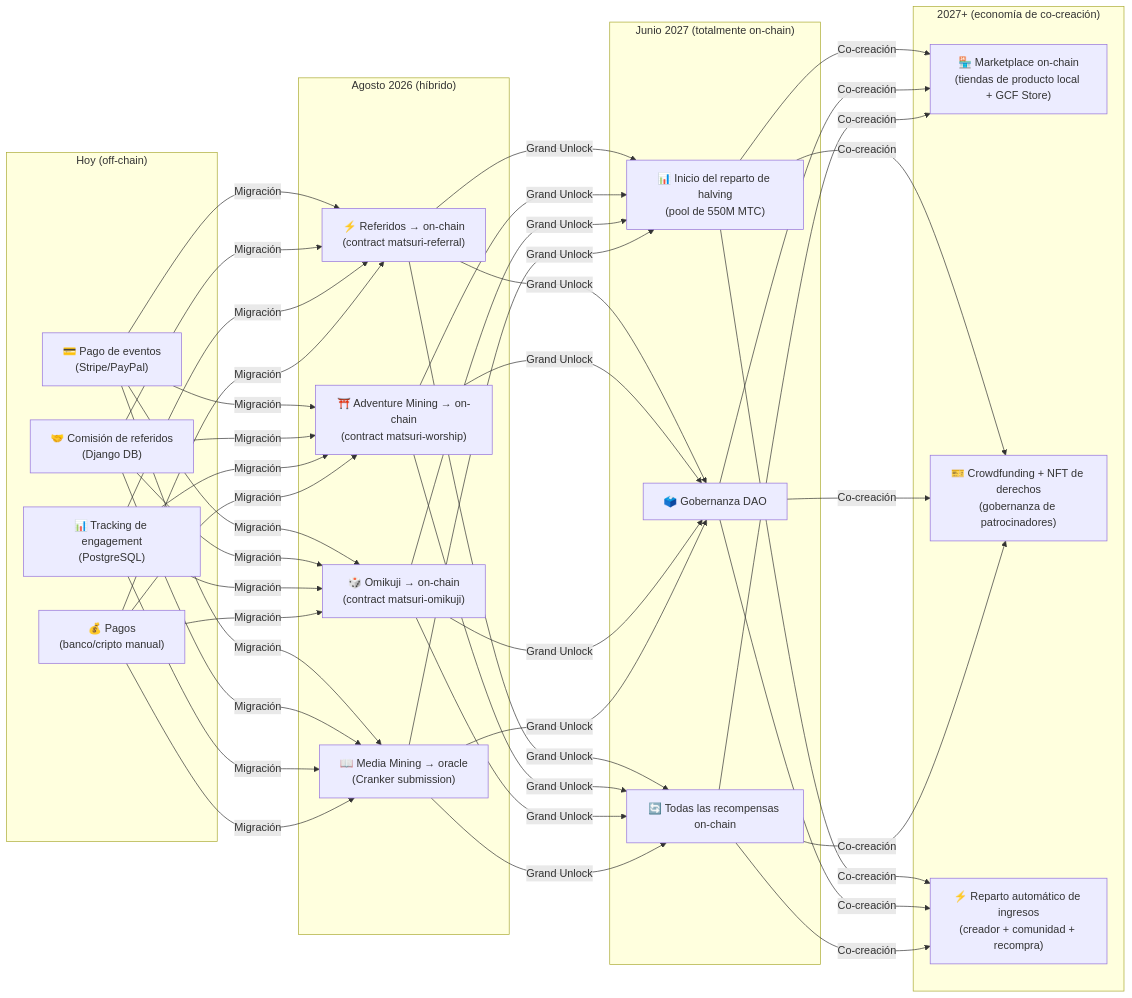
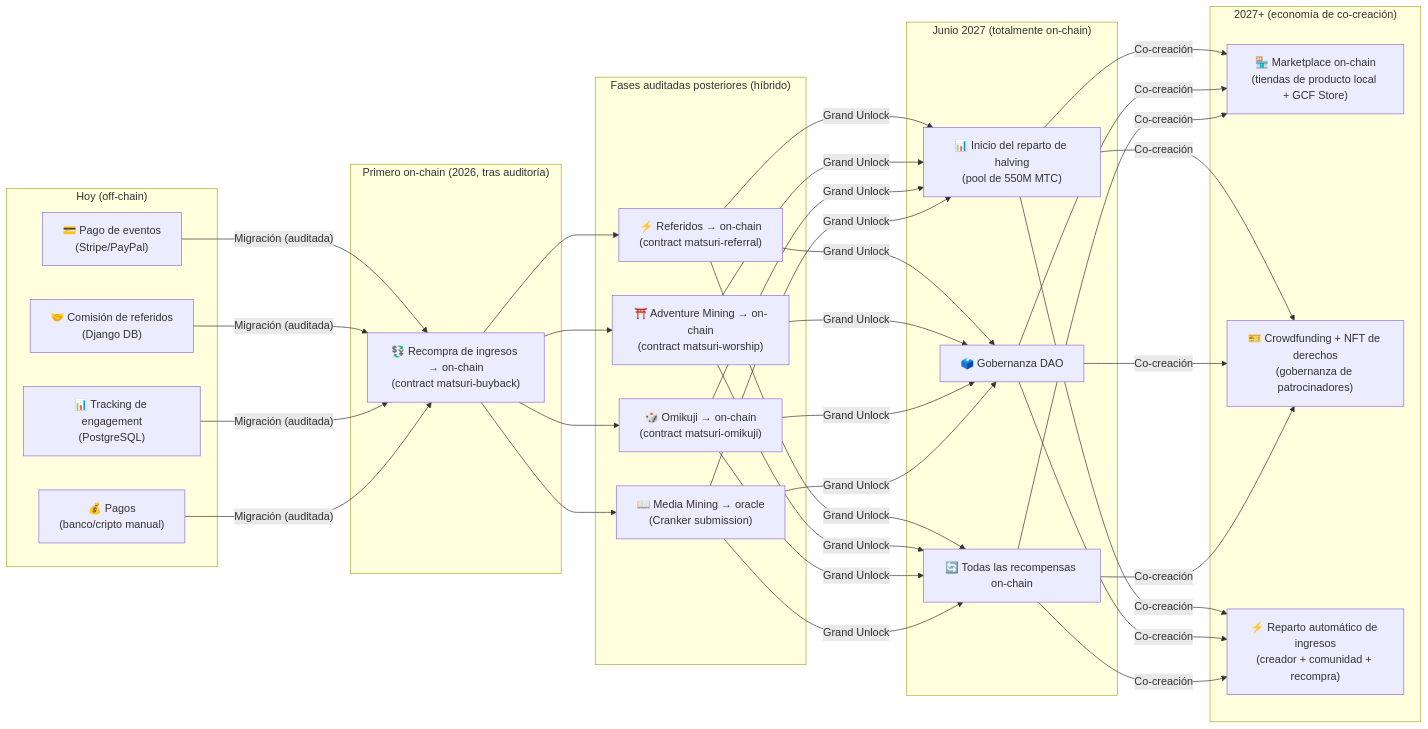
The fourth of 4 diagrams in i18n/es/docusaurus-plugin-content-docs/current/04-mining.md (Cootakahashi/matsuri-dao-whitepaper), drawn with Mermaid before and after one commit. The commit also changed other lines of this file and 79 other files, not shown here.

First line of the commit message:
docs: re-sequence on-chain roadmap to match the staged Hashlock audit (20 locales)

````diff
--- a/i18n/es/docusaurus-plugin-content-docs/current/04-mining.md
+++ b/i18n/es/docusaurus-plugin-content-docs/current/04-mining.md
@@ -334,28 +344,32 @@
 ```mermaid
 graph LR
     subgraph "Hoy (off-chain)"
         O1["💳 Pago de eventos\n(Stripe/PayPal)"]
         O2["🤝 Comisión de referidos\n(Django DB)"]
         O3["📊 Tracking de engagement\n(PostgreSQL)"]
         O4["💰 Pagos\n(banco/cripto manual)"]
     end
-    subgraph "Agosto 2026 (híbrido)"
+    subgraph "Primero on-chain (2026, tras auditoría)"
+        H0["💱 Recompra de ingresos → on-chain\n(contract matsuri-buyback)"]
+    end
+    subgraph "Fases auditadas posteriores (híbrido)"
         H1["⚡ Referidos → on-chain\n(contract matsuri-referral)"]
         H2["⛩️ Adventure Mining → on-chain\n(contract matsuri-worship)"]
         H3["🎲 Omikuji → on-chain\n(contract matsuri-omikuji)"]
         H4["📖 Media Mining → oracle\n(Cranker submission)"]
     end
     subgraph "Junio 2027 (totalmente on-chain)"
         F1["📊 Inicio del reparto de halving\n(pool de 550M MTC)"]
         F2["🗳️ Gobernanza DAO"]
         F3["🔄 Todas las recompensas on-chain"]
     end
     subgraph "2027+ (economía de co-creación)"
         G1["🏪 Marketplace on-chain\n(tiendas de producto local + GCF Store)"]
         G2["🎫 Crowdfunding + NFT de derechos\n(gobernanza de patrocinadores)"]
         G3["⚡ Reparto automático de ingresos\n(creador + comunidad + recompra)"]
     end
-    O1 & O2 & O3 & O4 -->|"Migración"| H1 & H2 & H3 & H4
+    O1 & O2 & O3 & O4 -->|"Migración (auditada)"| H0
+    H0 --> H1 & H2 & H3 & H4
     H1 & H2 & H3 & H4 -->|"Grand Unlock"| F1 & F2 & F3
     F1 & F2 & F3 -->|"Co-creación"| G1 & G2 & G3
 ```
````
